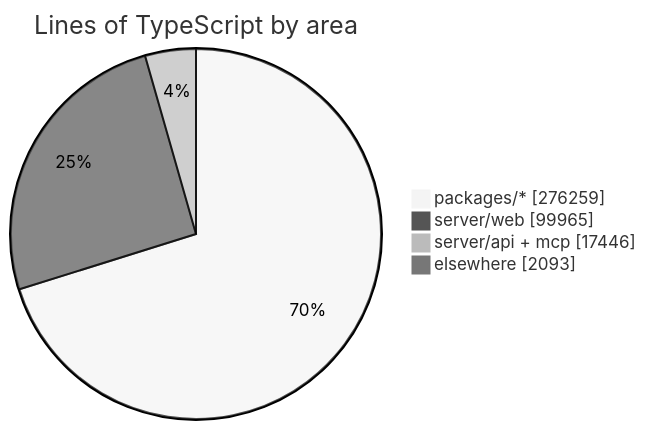
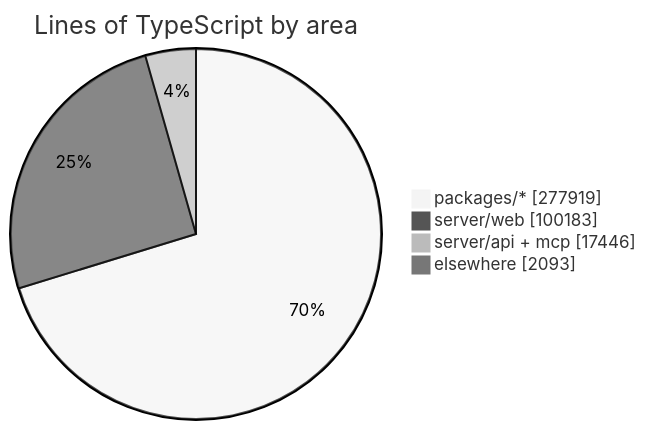
The diagram in README.md (crossworks-engineering/mantle), drawn with Mermaid (neutral theme) before and after one commit. The commit also changed other lines of this file and 2 other files, not shown here.

````diff
--- a/README.md
+++ b/README.md
@@ -294,7 +294,7 @@
 ```mermaid
 pie showData title Lines of TypeScript by area
-    "packages/*" : 276259
-    "server/web" : 99965
+    "packages/*" : 277919
+    "server/web" : 100183
     "server/api + mcp" : 17446
     "elsewhere" : 2093
 ```
````
